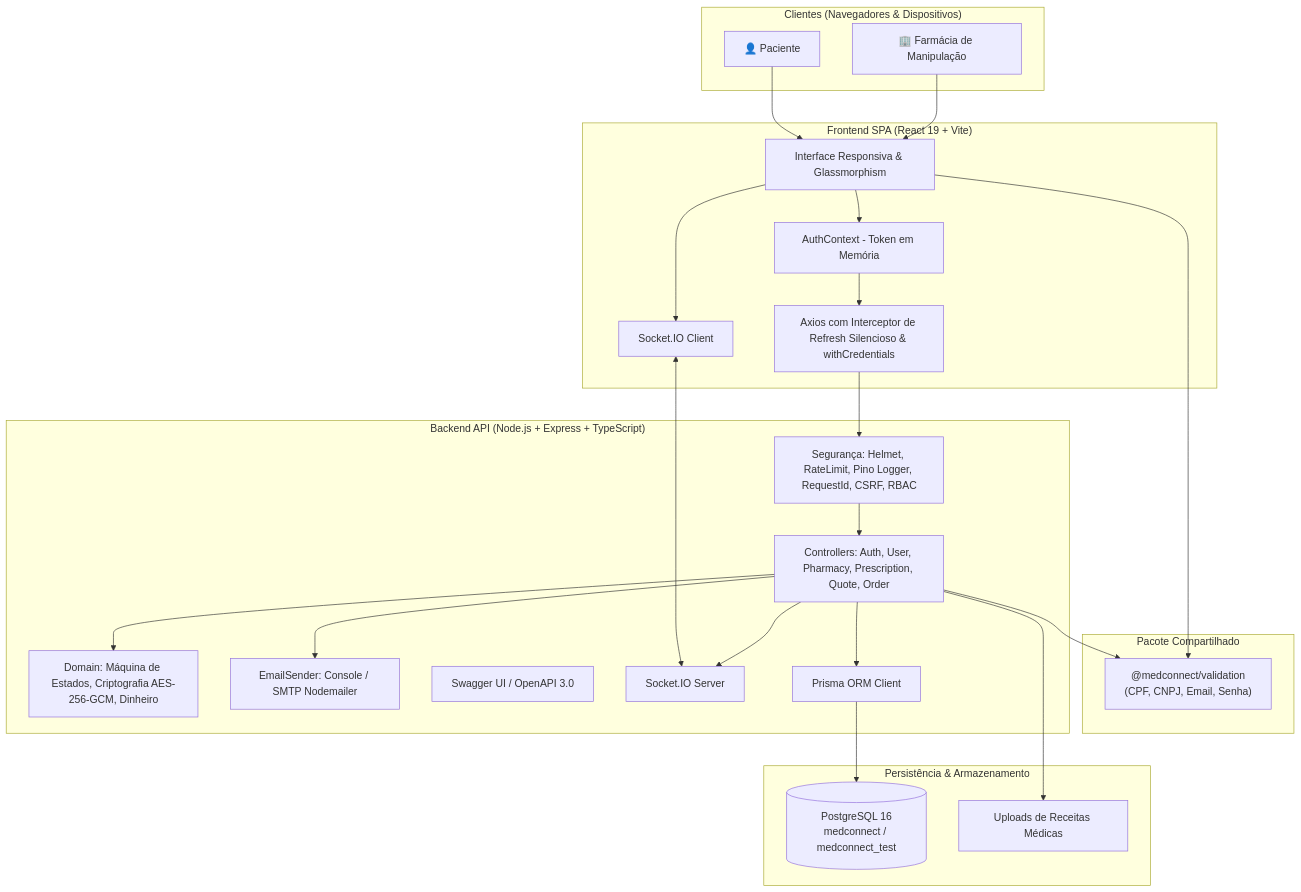
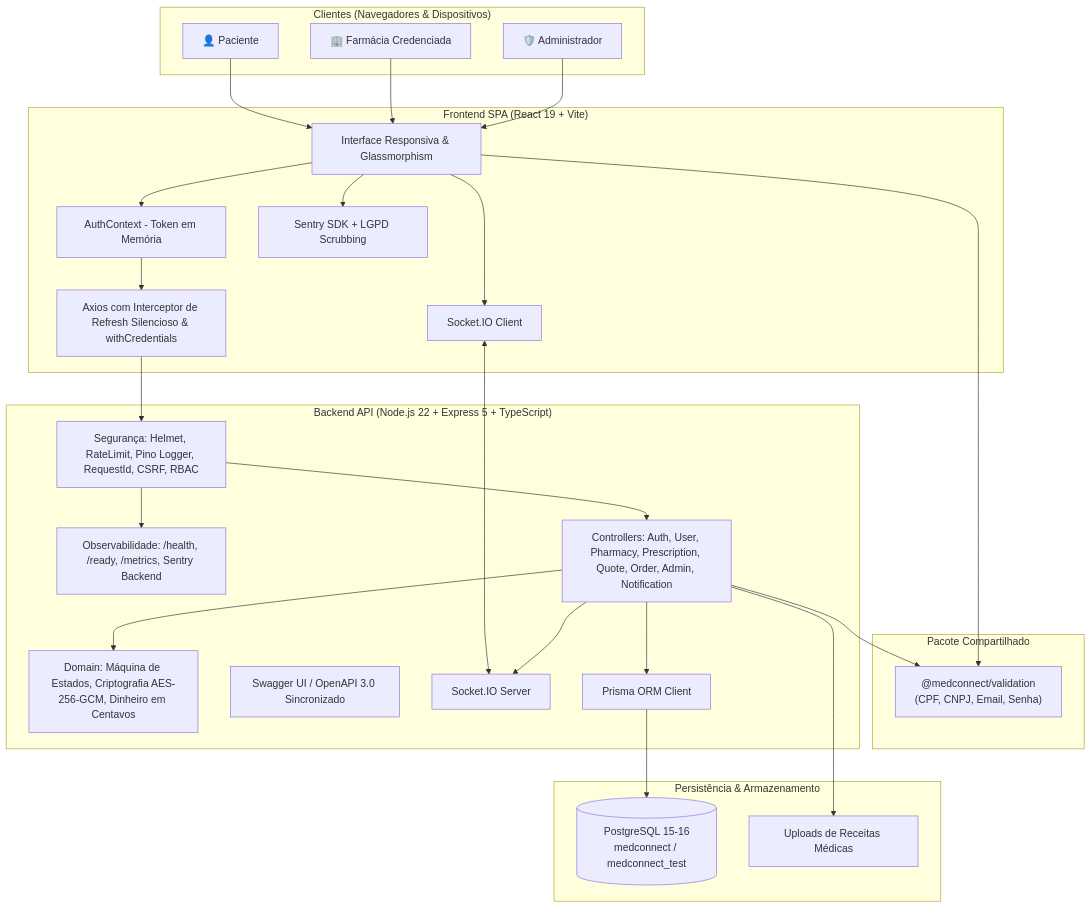
One commit to alexsander020/MedConnect_Application changed the diagram in README.md. Above: the diagram before and after it, drawn with Mermaid. The commit also changed other lines of this file and 51 other files, not shown here.

````diff
--- a/README.md
+++ b/README.md
@@ -38,51 +64,55 @@
 ```mermaid
 graph TD
     subgraph Clientes ["Clientes (Navegadores & Dispositivos)"]
         P[👤 Paciente]
-        F[🏢 Farmácia de Manipulação]
+        F[🏢 Farmácia Credenciada]
+        A[🛡️ Administrador]
     end
 
     subgraph Frontend ["Frontend SPA (React 19 + Vite)"]
         UI[Interface Responsiva & Glassmorphism]
         AuthCtx[AuthContext - Token em Memória]
         ApiClient[Axios com Interceptor de Refresh Silencioso & withCredentials]
         SocketClient[Socket.IO Client]
+        SentryFront[Sentry SDK + LGPD Scrubbing]
     end
 
     subgraph Shared ["Pacote Compartilhado"]
         Val["@medconnect/validation\n(CPF, CNPJ, Email, Senha)"]
     end
 
-    subgraph Backend ["Backend API (Node.js + Express + TypeScript)"]
+    subgraph Backend ["Backend API (Node.js 22 + Express 5 + TypeScript)"]
         MW[Segurança: Helmet, RateLimit, Pino Logger, RequestId, CSRF, RBAC]
-        Controllers[Controllers: Auth, User, Pharmacy, Prescription, Quote, Order]
-        Domain[Domain: Máquina de Estados, Criptografia AES-256-GCM, Dinheiro]
-        Email[EmailSender: Console / SMTP Nodemailer]
-        Swagger[Swagger UI / OpenAPI 3.0]
+        Obs[Observabilidade: /health, /ready, /metrics, Sentry Backend]
+        Controllers[Controllers: Auth, User, Pharmacy, Prescription, Quote, Order, Admin, Notification]
+        Domain[Domain: Máquina de Estados, Criptografia AES-256-GCM, Dinheiro em Centavos]
+        Swagger[Swagger UI / OpenAPI 3.0 Sincronizado]
         SocketServer[Socket.IO Server]
         Prisma[Prisma ORM Client]
     end
 
     subgraph Storage ["Persistência & Armazenamento"]
-        DB[(PostgreSQL 16\nmedconnect / medconnect_test)]
+        DB[(PostgreSQL 15-16\nmedconnect / medconnect_test)]
         Uploads[Uploads de Receitas Médicas]
     end
 
     P --> UI
     F --> UI
+    A --> UI
     UI --> AuthCtx
     AuthCtx --> ApiClient
     UI --> Val
     UI --> SocketClient
+    UI --> SentryFront
 
     ApiClient --> MW
     SocketClient <--> SocketServer
+    MW --> Obs
     MW --> Controllers
     Controllers --> Domain
-    Controllers --> Email
     Controllers --> Val
     Controllers --> Prisma
     Controllers --> SocketServer
     Controllers --> Uploads
     Prisma --> DB
 ```
````
